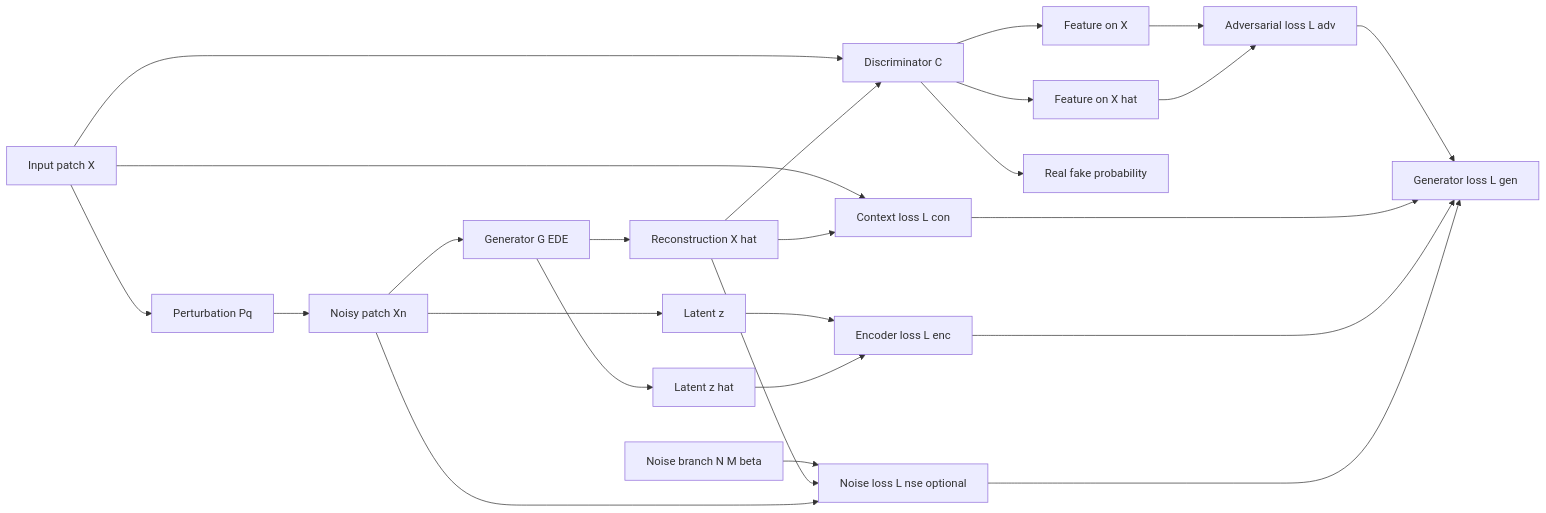
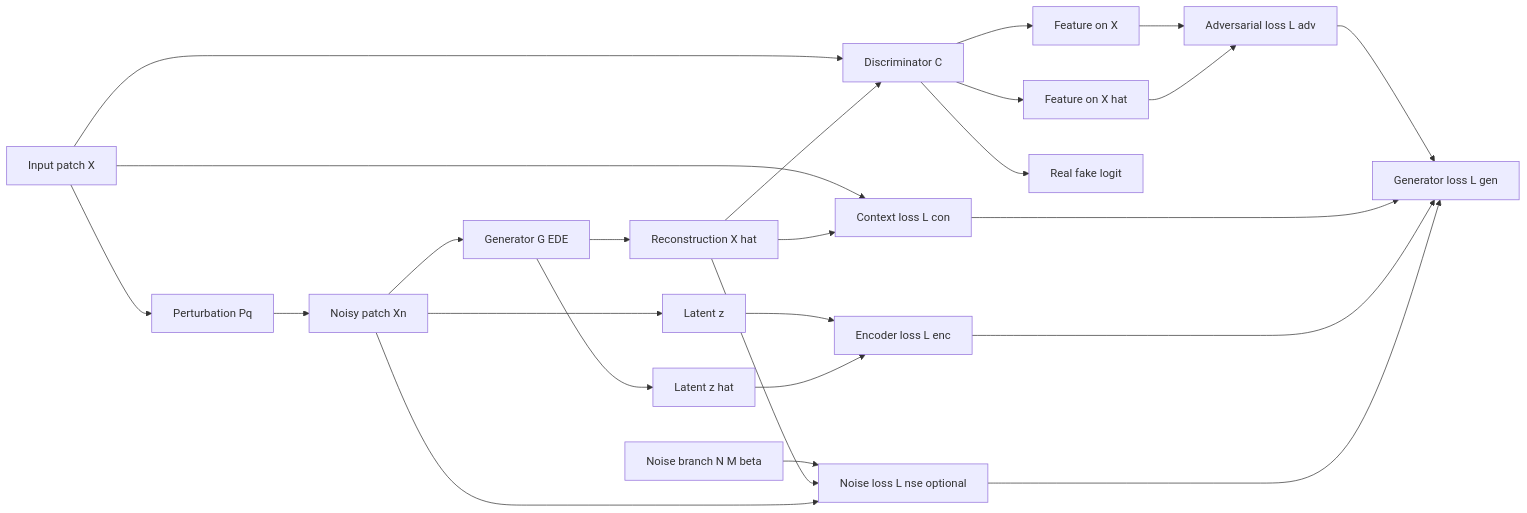
The first of 2 diagrams in README.md (NickF93/Simple-GRD-Net), drawn with Mermaid before and after one commit. The commit also changed other lines of this file and 8 other files, not shown here.

````diff
--- a/README.md
+++ b/README.md
@@ -137,31 +148,31 @@
 ```mermaid
 flowchart LR
     X[Input patch X] --> P[Perturbation Pq]
     P --> XN[Noisy patch Xn]
     XN --> G[Generator G EDE]
     G --> XR[Reconstruction X hat]
     G --> ZR[Latent z hat]
     XN --> E1[Latent z]
 
     X --> D[Discriminator C]
     XR --> D
     D --> FR[Feature on X]
     D --> FF[Feature on X hat]
-    D --> PR[Real fake probability]
+    D --> PR[Real fake logit]
 
     X --> LC[Context loss L con]
     XR --> LC
     E1 --> LE[Encoder loss L enc]
     ZR --> LE
     FR --> LA[Adversarial loss L adv]
     FF --> LA
 
     N[Noise branch N M beta] --> LN[Noise loss L nse optional]
     XR --> LN
     XN --> LN
 
     LA --> LG[Generator loss L gen]
     LC --> LG
     LE --> LG
     LN --> LG
 ```
````
